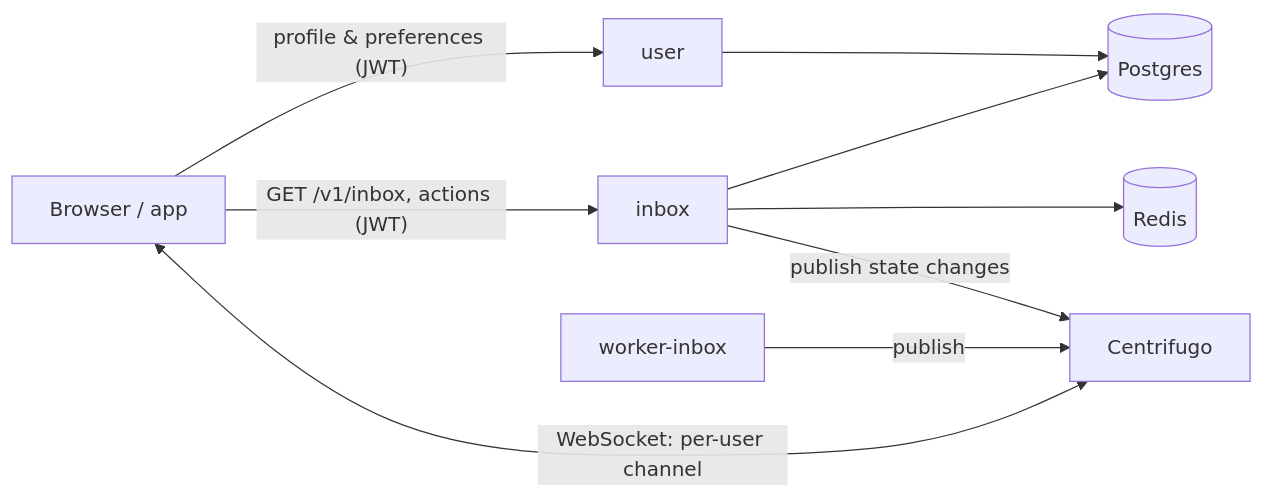
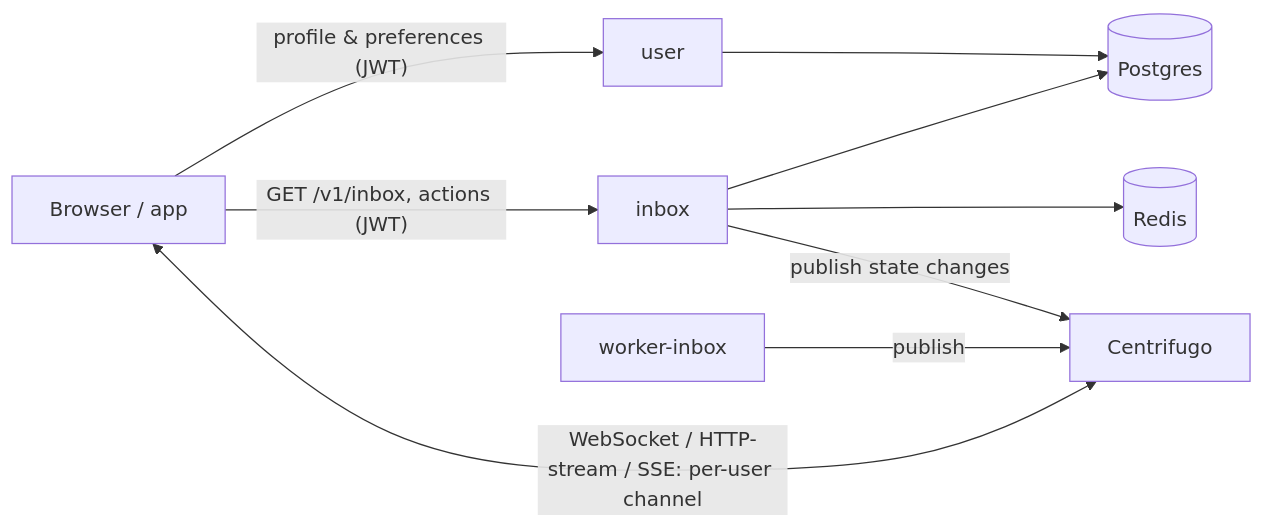
One commit to HermesNotifications/hermes changed the third of 6 diagrams in docs/architecture.md. Above: the diagram before and after it, drawn with Mermaid. The commit also changed other lines of this file and 43 other files, not shown here.

````diff
--- a/docs/architecture.md
+++ b/docs/architecture.md
@@ -110,20 +110,20 @@
 ```mermaid
 flowchart LR
     Browser["Browser / app"]
     Inbox["inbox"]
     User["user"]
     Cent["Centrifugo"]
     WI["worker-inbox"]
     PG[("Postgres")]
     Redis[("Redis")]
 
     Browser -->|"GET /v1/inbox, actions (JWT)"| Inbox
     Browser -->|"profile & preferences (JWT)"| User
-    Browser <-->|"WebSocket: per-user channel"| Cent
+    Browser <-->|"WebSocket / HTTP-stream / SSE: per-user channel"| Cent
 
     WI -->|"publish"| Cent
     Inbox -->|"publish state changes"| Cent
     Inbox --> PG
     Inbox --> Redis
     User --> PG
 ```
````
